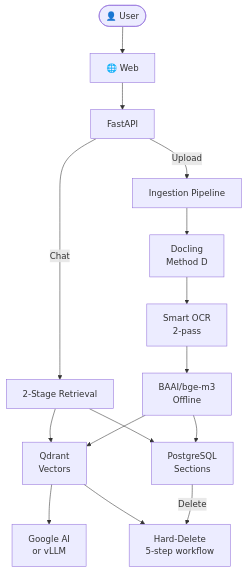
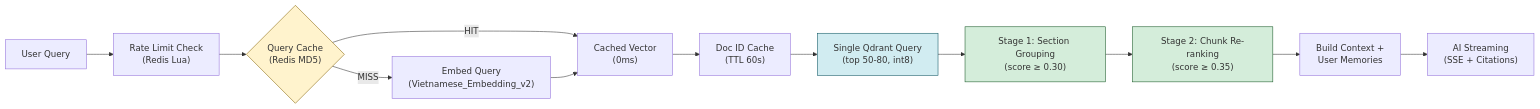
The fourth of 5 diagrams in README.md (qtuanph/chatbot-rag), drawn with Mermaid before and after one commit. The commit also changed other lines of this file and 77 other files, not shown here.

````diff
--- a/README.md
+++ b/README.md
@@ -89,20 +250,19 @@
 ```mermaid
-flowchart TD
-    U(["👤 User"]) --> W["🌐 Web"]
-    W --> A["FastAPI"]
-    A --> |Upload| I["Ingestion Pipeline"]
-    A --> |Chat| R["2-Stage Retrieval"]
-    
-    I --> D["Docling<br/>Method D"]
-    D --> O["Smart OCR<br/>2-pass"]
-    O --> E["BAAI/bge-m3<br/>Offline"]
-    E --> Q["Qdrant<br/>Vectors"]
-    E --> P["PostgreSQL<br/>Sections"]
-    
-    R --> P
-    R --> Q
-    Q --> LLM["Google AI<br/>or vLLM"]
-    
-    P --> |Delete| DEL["Hard-Delete<br/>5-step workflow"]
-    Q --> DEL
+flowchart LR
+    A["User Query"] --> B["Rate Limit Check<br/>(Redis Lua)"]
+    B --> C{"Query Cache<br/>(Redis MD5)"}
+    C -->|HIT| E["Cached Vector<br/>(0ms)"]
+    C -->|MISS| D["Embed Query<br/>(Vietnamese_Embedding_v2)"]
+    D --> E
+    E --> F["Doc ID Cache<br/>(TTL 60s)"]
+    F --> G["Single Qdrant Query<br/>(top 50-80, int8)"]
+    G --> H["Stage 1: Section Grouping<br/>(score ≥ 0.30)"]
+    H --> I["Stage 2: Chunk Re-ranking<br/>(score ≥ 0.35)"]
+    I --> J["Build Context +<br/>User Memories"]
+    J --> K["AI Streaming<br/>(SSE + Citations)"]
+
+    style C fill:#fff3cd,stroke:#856404
+    style G fill:#d1ecf1,stroke:#0c5460
+    style H fill:#d4edda,stroke:#155724
+    style I fill:#d4edda,stroke:#155724
 ```
````
